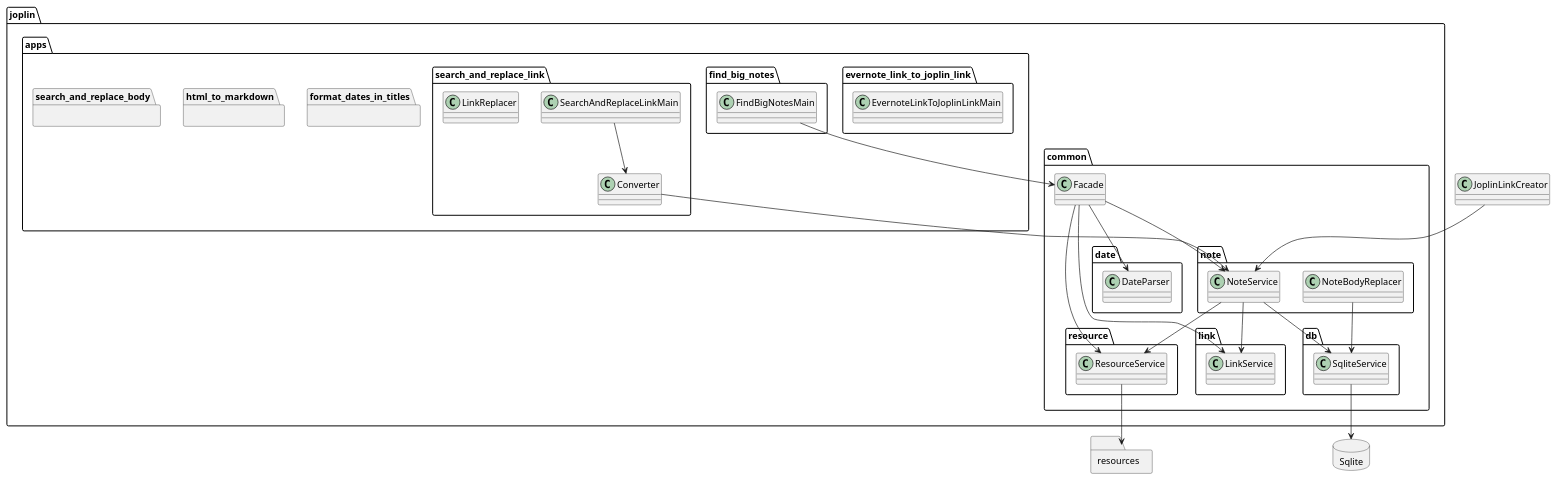
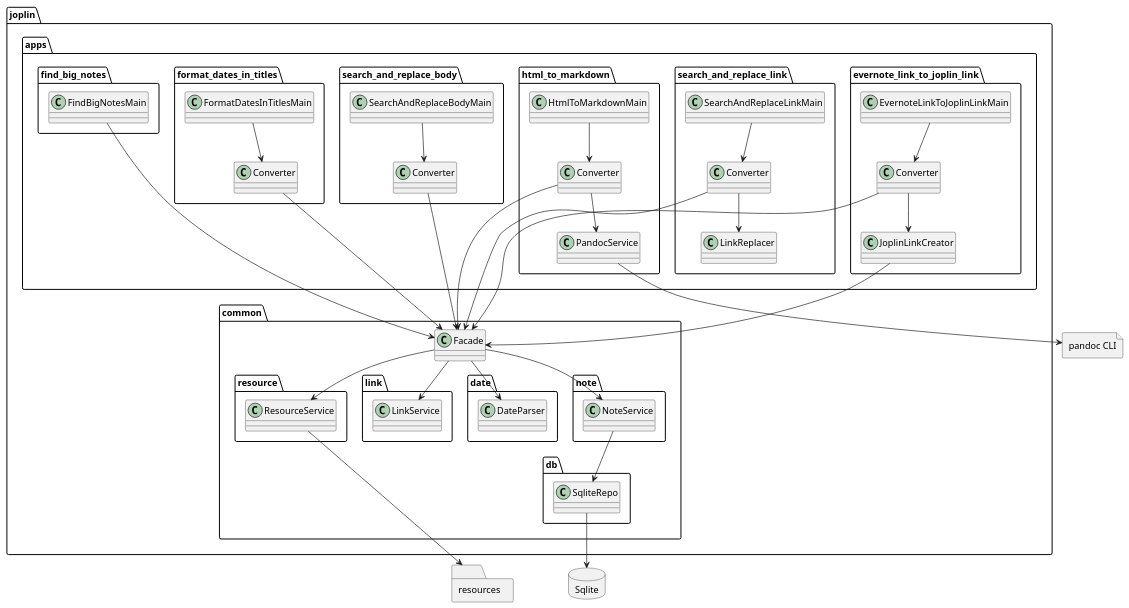
One commit to Aleks-Ya/yaal_examples changed the diagram in Java+/App+/Joplin/doc/classes.puml. Above: the diagram before and after it, drawn with PlantUML. The commit also changed 38 other files, not shown here.

```diff
--- a/Java+/App+/Joplin/doc/classes.puml
+++ b/Java+/App+/Joplin/doc/classes.puml
@@ -1,62 +1,81 @@
 @startuml
 'https://plantuml.com/class-diagram
 
 allowmixing
 folder resources
 database Sqlite
+file "pandoc CLI" as PandocCli
 package joplin {
     package common {
         class Facade
         package db {
-            class SqliteService
+            class SqliteRepo
         }
         package resource {
             class ResourceService
         }
         package link {
             class LinkService
         }
         package date {
             class DateParser
         }
         package note {
             class NoteService
-            class NoteBodyReplacer
         }
     }
     package apps {
         package evernote_link_to_joplin_link {
             class EvernoteLinkToJoplinLinkMain
+            class JoplinLinkCreator
+            class "Converter" as Converter2
+            EvernoteLinkToJoplinLinkMain --> Converter2
+            Converter2 --> JoplinLinkCreator
+            Converter2 --> Facade
         }
         package find_big_notes {
             class FindBigNotesMain
+            FindBigNotesMain --> Facade
         }
         package format_dates_in_titles {
+            class FormatDatesInTitlesMain
+            class "Converter" as Converter3
+            FormatDatesInTitlesMain --> Converter3
+            Converter3 --> Facade
         }
         package html_to_markdown {
+            class HtmlToMarkdownMain
+            class "Converter" as Converter4
+            class PandocService
+            HtmlToMarkdownMain --> Converter4
+            Converter4 --> Facade
+            Converter4 --> PandocService
+            PandocService --> PandocCli
         }
         package search_and_replace_body {
+            class SearchAndReplaceBodyMain
+            class "Converter" as Converter5
+            SearchAndReplaceBodyMain --> Converter5
+            Converter5 --> Facade
         }
         package search_and_replace_link {
             class SearchAndReplaceLinkMain
             class "Converter" as Converter1
             class LinkReplacer
             SearchAndReplaceLinkMain --> Converter1
-            Converter1 --> NoteService
+            Converter1 --> Facade
+            Converter1 --> LinkReplacer
         }
     }
 }
 
-SqliteService --> Sqlite
-FindBigNotesMain --> Facade
 Facade --> NoteService
 Facade --> ResourceService
 Facade --> LinkService
 Facade --> DateParser
-NoteService --> LinkService
-NoteService --> ResourceService
-NoteService --> SqliteService
+NoteService --> SqliteRepo
+SqliteRepo --> Sqlite
 ResourceService --> resources
-NoteBodyReplacer --> SqliteService
-JoplinLinkCreator --> NoteService
+JoplinLinkCreator --> Facade
+SqliteRepo -[hidden]- resources
 @enduml
```
